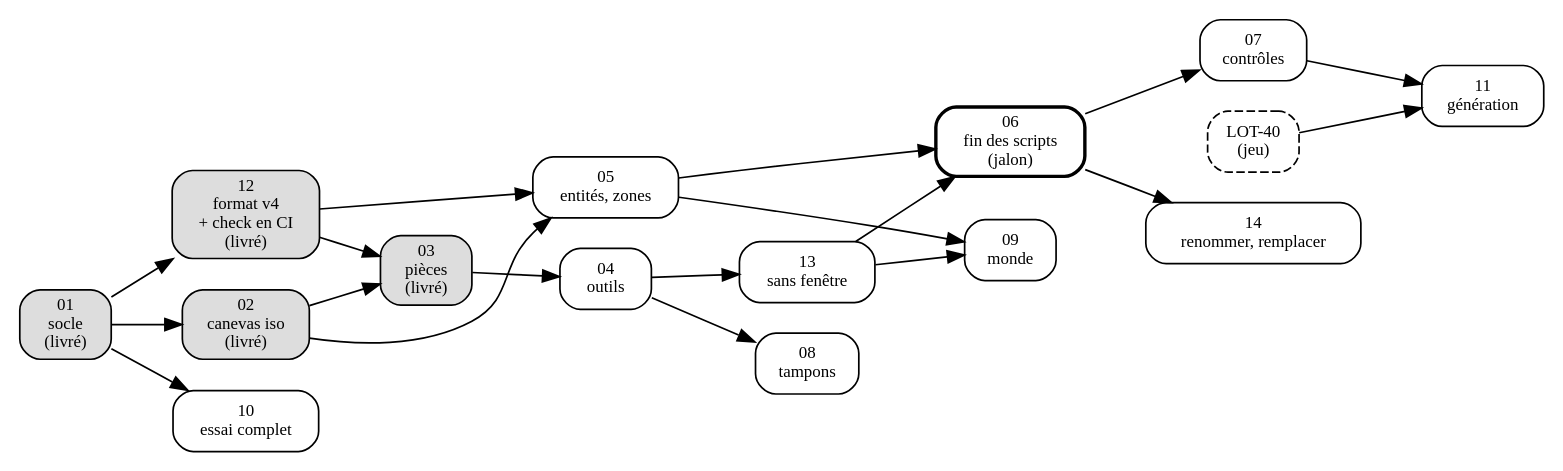
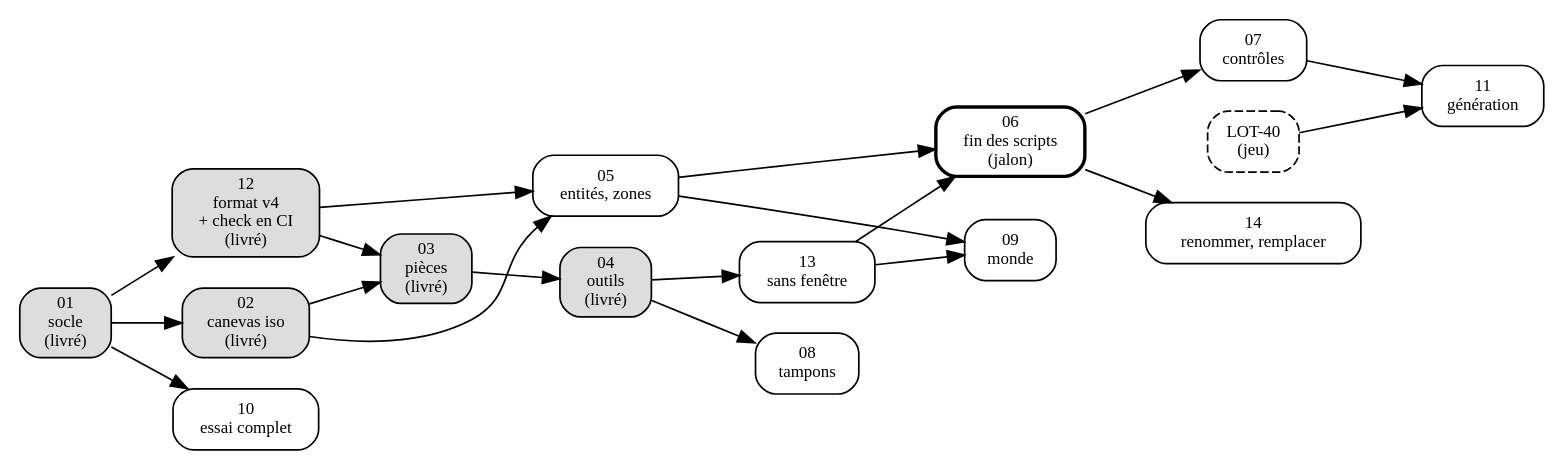
Before and after one commit to azertval/JustAnotherDnDGame: the diagram in Documentation/Editeur/feuille-de-route.md, drawn with Graphviz. The commit also changed other lines of this file and 30 other files, not shown here.

````diff
--- a/Documentation/Editeur/feuille-de-route.md
+++ b/Documentation/Editeur/feuille-de-route.md
@@ -209,29 +209,29 @@
 ```dot
 digraph editeur {
   rankdir=LR;
   node [shape=box, style=rounded, fontsize=10];
   E01 [label="01\nsocle\n(livré)", style="rounded,filled", fillcolor="#dddddd"];
   E02 [label="02\ncanevas iso\n(livré)", style="rounded,filled", fillcolor="#dddddd"];
   E12 [label="12\nformat v4\n+ check en CI\n(livré)", style="rounded,filled", fillcolor="#dddddd"];
   E03 [label="03\npièces\n(livré)", style="rounded,filled", fillcolor="#dddddd"];
-  E04 [label="04\noutils"];
+  E04 [label="04\noutils\n(livré)", style="rounded,filled", fillcolor="#dddddd"];
   E05 [label="05\nentités, zones"];
   E13 [label="13\nsans fenêtre"];
   E06 [label="06\nfin des scripts\n(jalon)", style="rounded,bold"];
   E07 [label="07\ncontrôles"];
   E14 [label="14\nrenommer, remplacer"];
   E08 [label="08\ntampons"];
   E09 [label="09\nmonde"];
   E10 [label="10\nessai complet"];
   E11 [label="11\ngénération"];
   L40 [label="LOT-40\n(jeu)", style="rounded,dashed"];
   E01 -> E02; E01 -> E12; E01 -> E10;
   E02 -> E03; E12 -> E03;
   E02 -> E05; E12 -> E05;
   E03 -> E04; E04 -> E13; E04 -> E08;
   E13 -> E06; E05 -> E06;
   E06 -> E07; E06 -> E14;
   E05 -> E09; E13 -> E09;
   E07 -> E11; L40 -> E11;
 }
 ```
````
